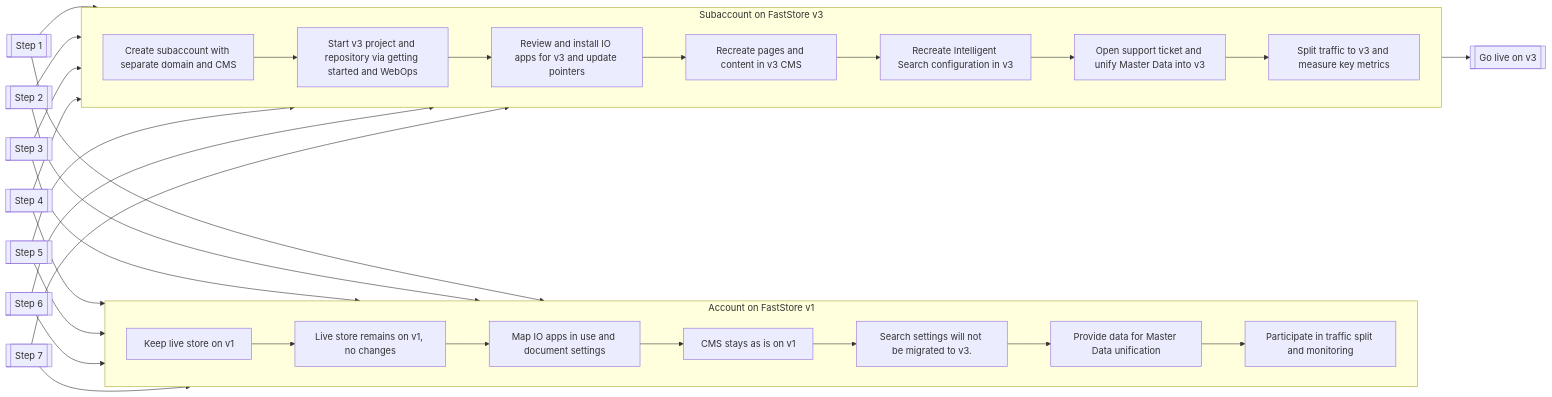
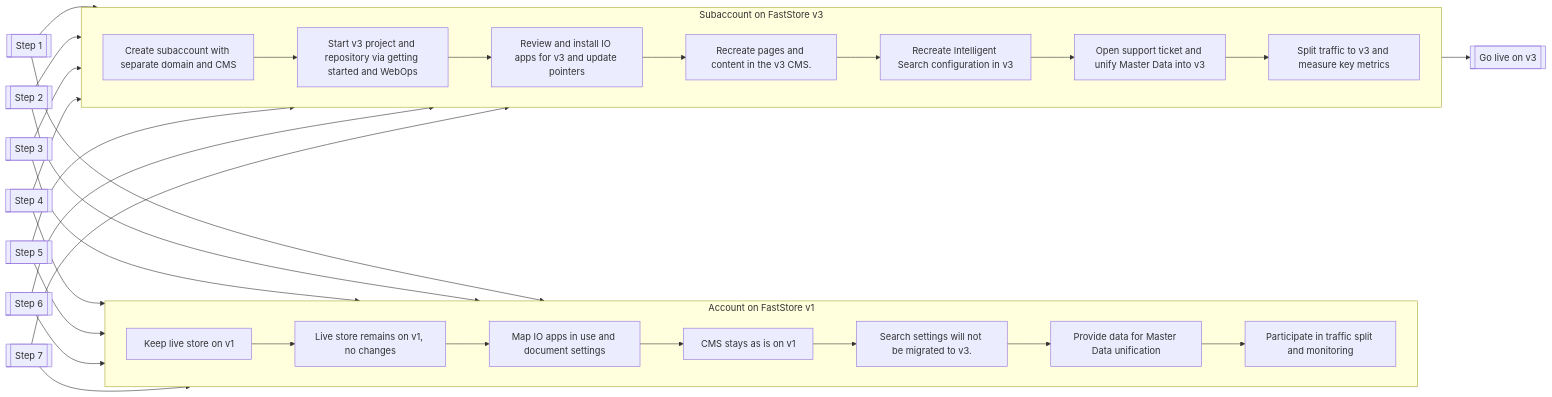
One commit to vtexdocs/dev-portal-content changed the diagram in docs/faststore/docs/getting-started/faststore-v1-to-v3.mdx. Above: the diagram before and after it, drawn with Mermaid.

Commit message:
Apply suggestion from @github-actions[bot]

````diff
--- a/docs/faststore/docs/getting-started/faststore-v1-to-v3.mdx
+++ b/docs/faststore/docs/getting-started/faststore-v1-to-v3.mdx
@@ -16,48 +16,48 @@
 ```mermaid
 flowchart LR
 
 step1[[Step 1]]
 step2[[Step 2]]
 step3[[Step 3]]
 step4[[Step 4]]
 step5[[Step 5]]
 step6[[Step 6]]
 step7[[Step 7]]
 done[[Go live on v3]]
 
 subgraph L1[Account on FastStore v1]
 direction LR
 v1_s1[Keep live store on v1] --> v1_s2[Live store remains on v1, no changes]
 v1_s2 --> v1_s3[Map IO apps in use and document settings]
 v1_s3 --> v1_s4[CMS stays as is on v1]
 v1_s4 --> v1_s5[Search settings will not be migrated to v3.]
 v1_s5 --> v1_s6[Provide data for Master Data unification]
 v1_s6 --> v1_s7[Participate in traffic split and monitoring]
 end
 
 subgraph L2[Subaccount on FastStore v3]
 direction LR 
 v3_s1[Create subaccount with separate domain and CMS] --> v3_s2[Start v3 project and repository via getting started and WebOps]
 v3_s2 --> v3_s3[Review and install IO apps for v3 and update pointers]
-v3_s3 --> v3_s4[Recreate pages and content in v3 CMS]
+v3_s3 --> v3_s4[Recreate pages and content in the v3 CMS.]
 v3_s4 --> v3_s5[Recreate Intelligent Search configuration in v3]
 v3_s5 --> v3_s6[Open support ticket and unify Master Data into v3]
 v3_s6 --> v3_s7[Split traffic to v3 and measure key metrics]
 end
 
 step1 --> v1_s1
 step1 --> v3_s1
 step2 --> v1_s2
 step2 --> v3_s2
 step3 --> v1_s3
 step3 --> v3_s3
 step4 --> v1_s4
 step4 --> v3_s4
 step5 --> v1_s5
 step5 --> v3_s5
 step6 --> v1_s6
 step6 --> v3_s6
 step7 --> v1_s7
 step7 --> v3_s7
 v3_s7 --> done
 ```
````
